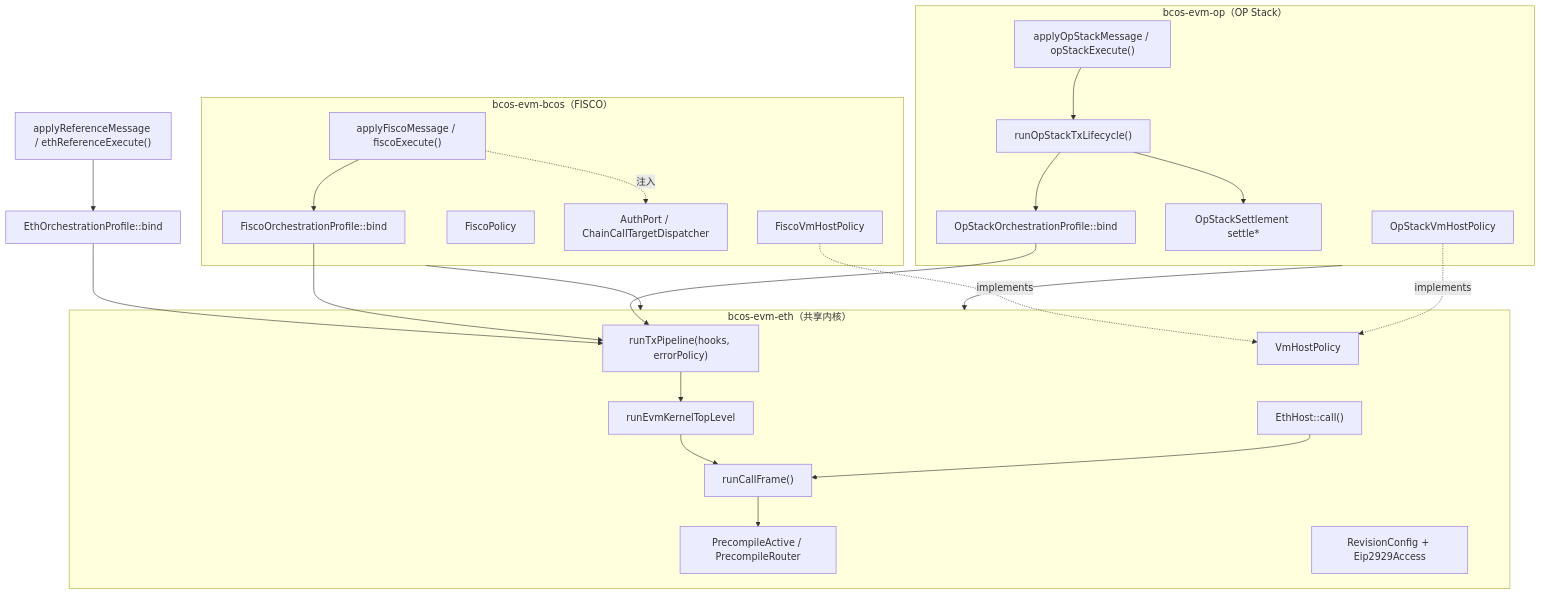
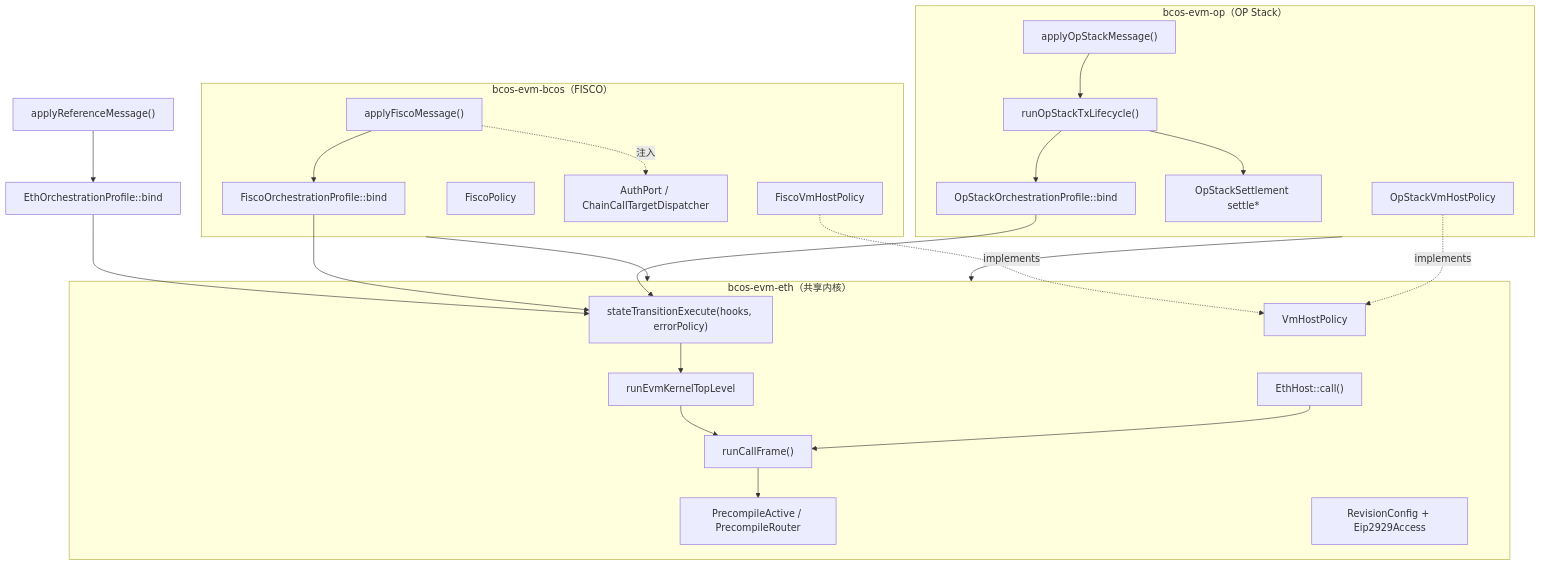
The diagram in bcos-evm/docs/architecture-overview.md (ywy2090/FISCO-BCOS), drawn with Mermaid before and after one commit. The commit also changed other lines of this file and 8 other files, not shown here.

````diff
--- a/bcos-evm/docs/architecture-overview.md
+++ b/bcos-evm/docs/architecture-overview.md
@@ -36,41 +36,41 @@
 ```mermaid
 graph TD
     subgraph kernel["bcos-evm-eth（共享内核）"]
-        RO["runTxPipeline(hooks, errorPolicy)"]
+        RO["stateTransitionExecute(hooks, errorPolicy)"]
         TEA["runEvmKernelTopLevel"]
         EF["runCallFrame()"]
         PA["PrecompileActive / PrecompileRouter"]
         EH["EthHost::call()"]
         VHP["VmHostPolicy"]
         RC["RevisionConfig + Eip2929Access"]
     end
     subgraph bcos["bcos-evm-bcos（FISCO）"]
-        FEB["applyFiscoMessage / fiscoExecute()"]
+        FEB["applyFiscoMessage()"]
         FOP["FiscoOrchestrationProfile::bind"]
         FVP["FiscoVmHostPolicy"]
         FP["FiscoPolicy"]
         PORTS["AuthPort / ChainCallTargetDispatcher"]
     end
     subgraph op["bcos-evm-op（OP Stack）"]
-        OEB["applyOpStackMessage / opStackExecute()"]
+        OEB["applyOpStackMessage()"]
         OTL["runOpStackTxLifecycle()"]
         OOP["OpStackOrchestrationProfile::bind"]
         OSET["OpStackSettlement settle*"]
         OVP["OpStackVmHostPolicy"]
     end
-    ETH["applyReferenceMessage / ethReferenceExecute()"] --> EOP["EthOrchestrationProfile::bind"]
+    ETH["applyReferenceMessage()"] --> EOP["EthOrchestrationProfile::bind"]
     EOP --> RO
     FEB --> FOP --> RO
     OEB --> OTL
     OTL --> OOP --> RO
     OTL --> OSET
     RO --> TEA
     TEA --> EF
     EF --> PA
     EH --> EF
     FVP -.implements.-> VHP
     OVP -.implements.-> VHP
     FEB -. 注入 .-> PORTS
     bcos --> kernel
     op --> kernel
 ```
````
